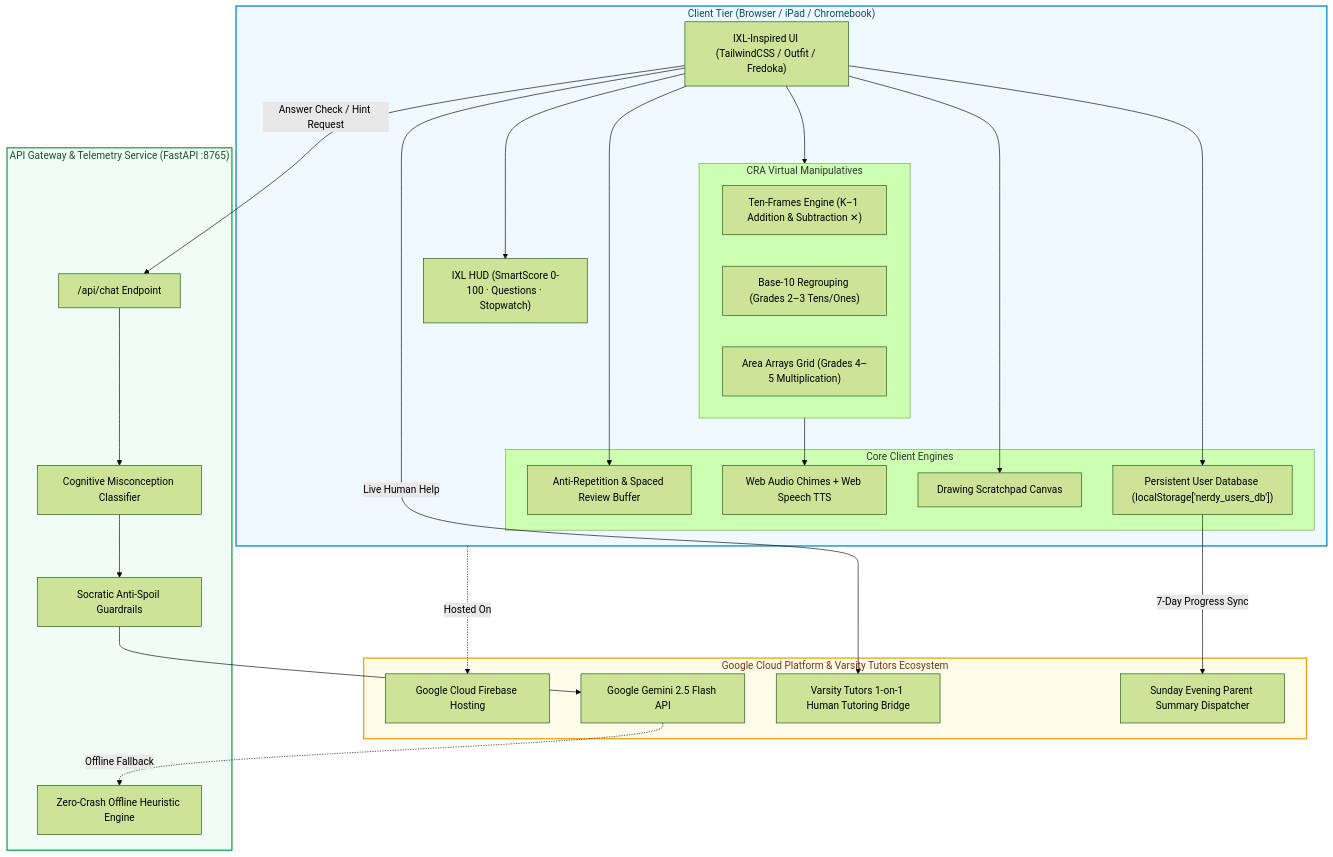
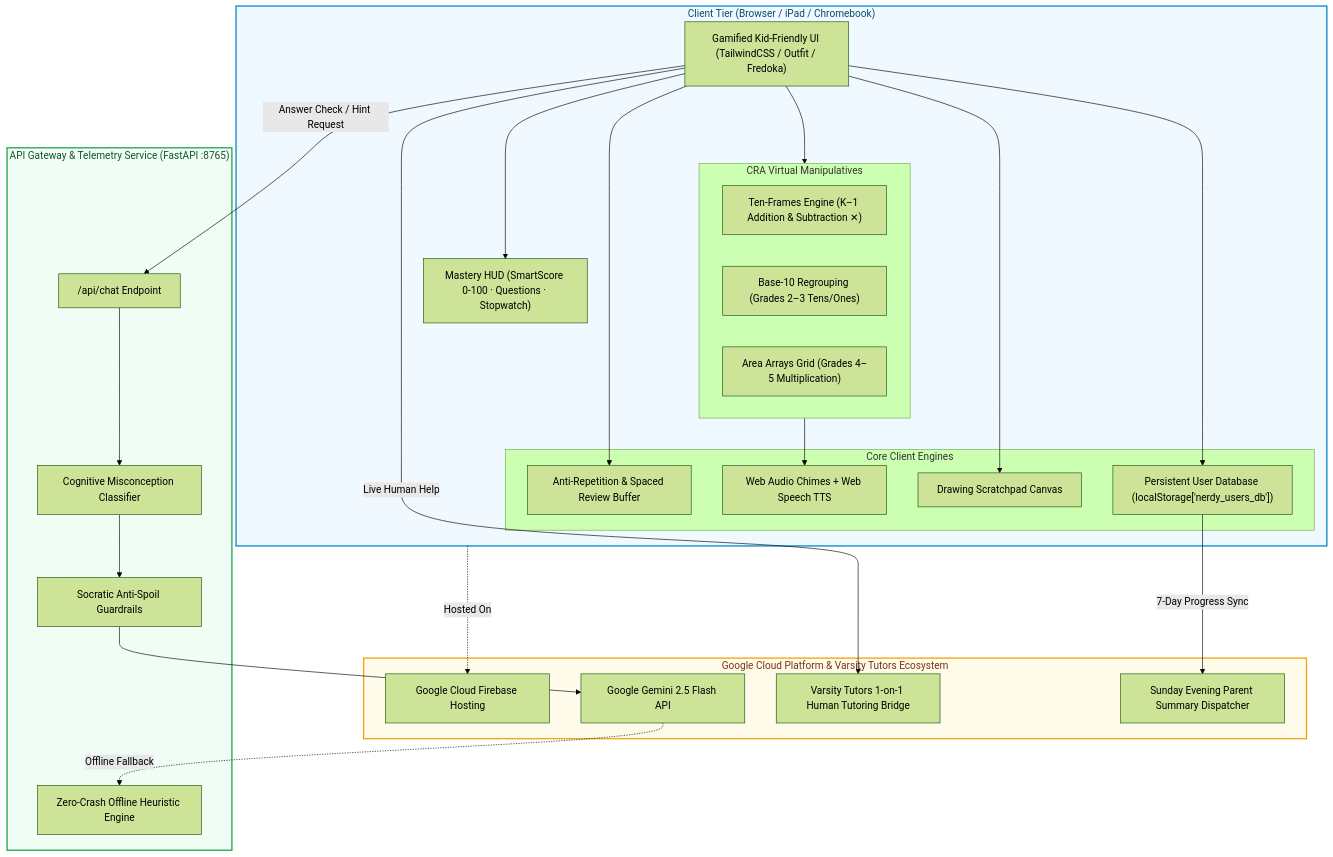
Before and after one commit to SKannaian/nerdy-arithmetic-ai: the first of 8 diagrams in ARCHITECTURE.md, drawn with Mermaid (forest theme). The commit also changed other lines of this file and 6 other files, not shown here.

````diff
--- a/ARCHITECTURE.md
+++ b/ARCHITECTURE.md
@@ -27,61 +27,61 @@
 ```mermaid
 graph TB
     subgraph ClientTier["Client Tier (Browser / iPad / Chromebook)"]
-        UI["IXL-Inspired UI (TailwindCSS / Outfit / Fredoka)"]
-        HUD["IXL HUD (SmartScore 0-100 · Questions · Stopwatch)"]
+        UI["Gamified Kid-Friendly UI (TailwindCSS / Outfit / Fredoka)"]
+        HUD["Mastery HUD (SmartScore 0-100 · Questions · Stopwatch)"]
         
         subgraph Manipulatives["CRA Virtual Manipulatives"]
             TenFrame["Ten-Frames Engine (K–1 Addition & Subtraction ✕)"]
             Base10["Base-10 Regrouping (Grades 2–3 Tens/Ones)"]
             AreaArray["Area Arrays Grid (Grades 4–5 Multiplication)"]
         end
 
         subgraph Engines["Core Client Engines"]
             AntiRep["Anti-Repetition & Spaced Review Buffer"]
             AudioSynth["Web Audio Chimes + Web Speech TTS"]
             Scratchpad["Drawing Scratchpad Canvas"]
             UserDB["Persistent User Database (localStorage['nerdy_users_db'])"]
         end
     end
 
     subgraph BackendTier["API Gateway & Telemetry Service (FastAPI :8765)"]
         Router["/api/chat Endpoint"]
         Classifier["Cognitive Misconception Classifier"]
         Guardrails["Socratic Anti-Spoil Guardrails"]
         OfflineHeuristic["Zero-Crash Offline Heuristic Engine"]
     end
 
     subgraph CloudTier["Google Cloud Platform & Varsity Tutors Ecosystem"]
         Firebase["Google Cloud Firebase Hosting"]
         GeminiFlash["Google Gemini 2.5 Flash API"]
         VarsityTutor["Varsity Tutors 1-on-1 Human Tutoring Bridge"]
         WeeklyEmail["Sunday Evening Parent Summary Dispatcher"]
     end
 
     %% Client Interactions
     UI --> HUD
     UI --> Manipulatives
     UI --> Scratchpad
     UI --> AntiRep
     UI --> UserDB
     Manipulatives --> AudioSynth
 
     %% Gateway & AI
     UI -- "Answer Check / Hint Request" --> Router
     Router --> Classifier
     Classifier --> Guardrails
     Guardrails --> GeminiFlash
     GeminiFlash -. "Offline Fallback" .-> OfflineHeuristic
     
     %% Hosting & Ecosystem
     ClientTier -. "Hosted On" .-> Firebase
     UI -- "Live Human Help" --> VarsityTutor
     UserDB -- "7-Day Progress Sync" --> WeeklyEmail
 
     classDef client fill:#f0f9ff,stroke:#0284c7,stroke-width:2px,color:#0c4a6e;
     classDef backend fill:#f0fdf4,stroke:#16a34a,stroke-width:2px,color:#14532d;
     classDef cloud fill:#fffbeb,stroke:#f59e0b,stroke-width:2px,color:#78350f;
     class ClientTier client;
     class BackendTier backend;
     class CloudTier cloud;
 ```
````
